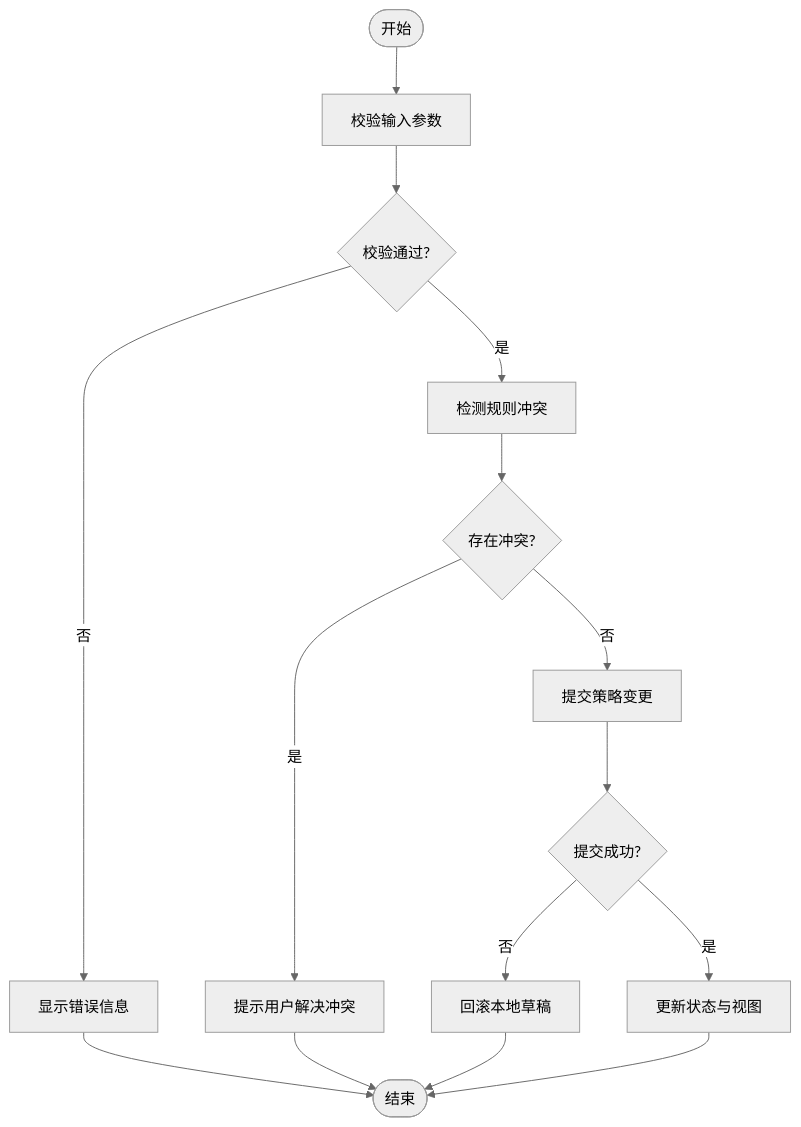
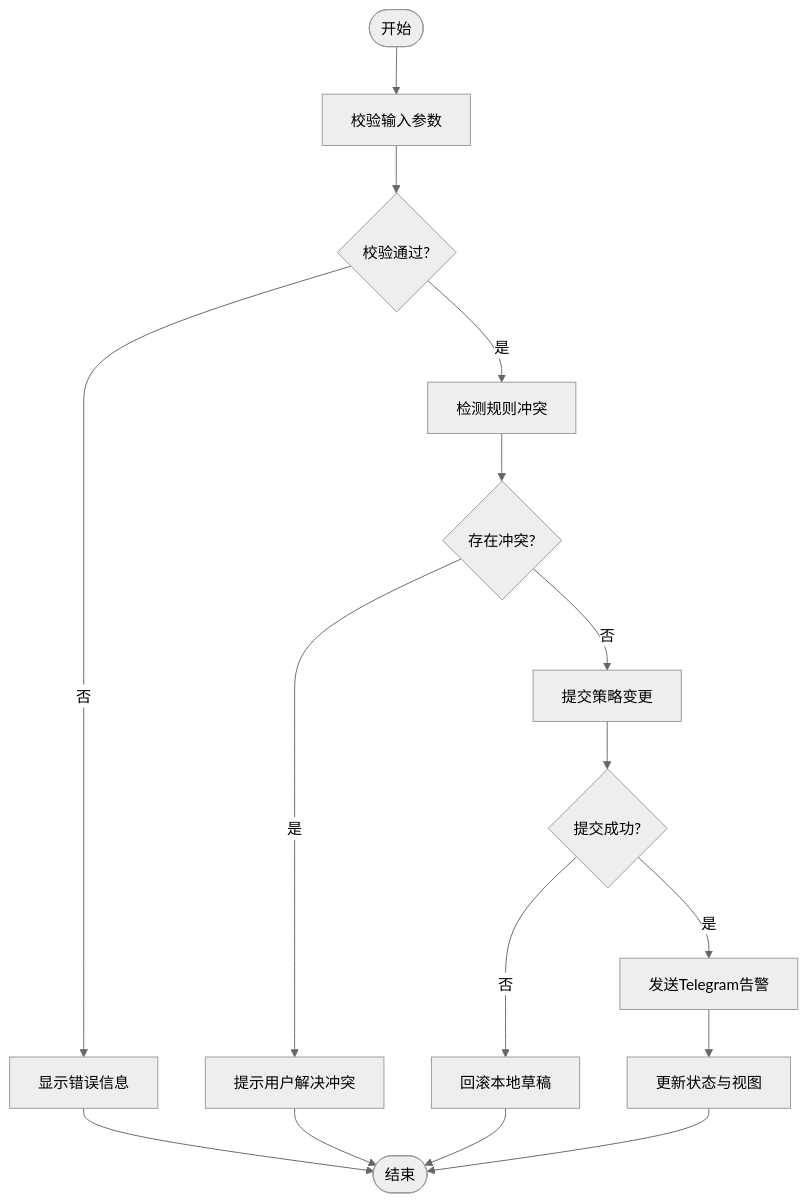
One commit to Maki3991/study-PactLedger changed the fourth of 6 diagrams in .qoder/repowiki/zh/content/核心组件/核心组件.md. Above: the diagram before and after it, drawn with Mermaid (neutral theme). The commit also changed other lines of this file and 8 other files, not shown here.

````diff
--- a/.qoder/repowiki/zh/content/核心组件/核心组件.md
+++ b/.qoder/repowiki/zh/content/核心组件/核心组件.md
@@ -277,17 +251,18 @@
 ```mermaid
 flowchart TD
 Start(["开始"]) --> Validate["校验输入参数"]
 Validate --> Valid{"校验通过?"}
 Valid --> |否| ShowError["显示错误信息"]
 Valid --> |是| CheckConflict["检测规则冲突"]
 CheckConflict --> Conflict{"存在冲突?"}
 Conflict --> |是| Resolve["提示用户解决冲突"]
 Conflict --> |否| Submit["提交策略变更"]
 Submit --> Success{"提交成功?"}
 Success --> |否| Rollback["回滚本地草稿"]
-Success --> |是| UpdateState["更新状态与视图"]
+Success --> |是| Notify["发送Telegram告警"]
+Notify --> UpdateState["更新状态与视图"]
 ShowError --> End(["结束"])
 Resolve --> End
 Rollback --> End
 UpdateState --> End
 ```
````
